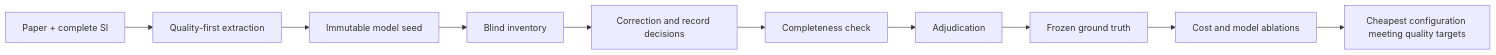
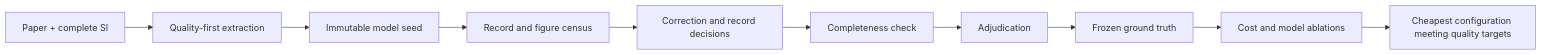
One commit to lamalab-org/perla-extract changed the diagram in docs/workflows/quality-first-ground-truth.md. Above: the diagram before and after it, drawn with Mermaid. The commit also changed 6 other files, not shown here.

````diff
--- a/docs/workflows/quality-first-ground-truth.md
+++ b/docs/workflows/quality-first-ground-truth.md
@@ -8,12 +8,12 @@
 ```mermaid
 flowchart LR
     A["Paper + complete SI"] --> B["Quality-first extraction"]
     B --> C["Immutable model seed"]
-    C --> D["Blind inventory"]
+    C --> D["Record and figure census"]
     D --> E["Correction and record decisions"]
     E --> F["Completeness check"]
     F --> G["Adjudication"]
     G --> H["Frozen ground truth"]
     H --> I["Cost and model ablations"]
     I --> J["Cheapest configuration meeting quality targets"]
 ```
````
